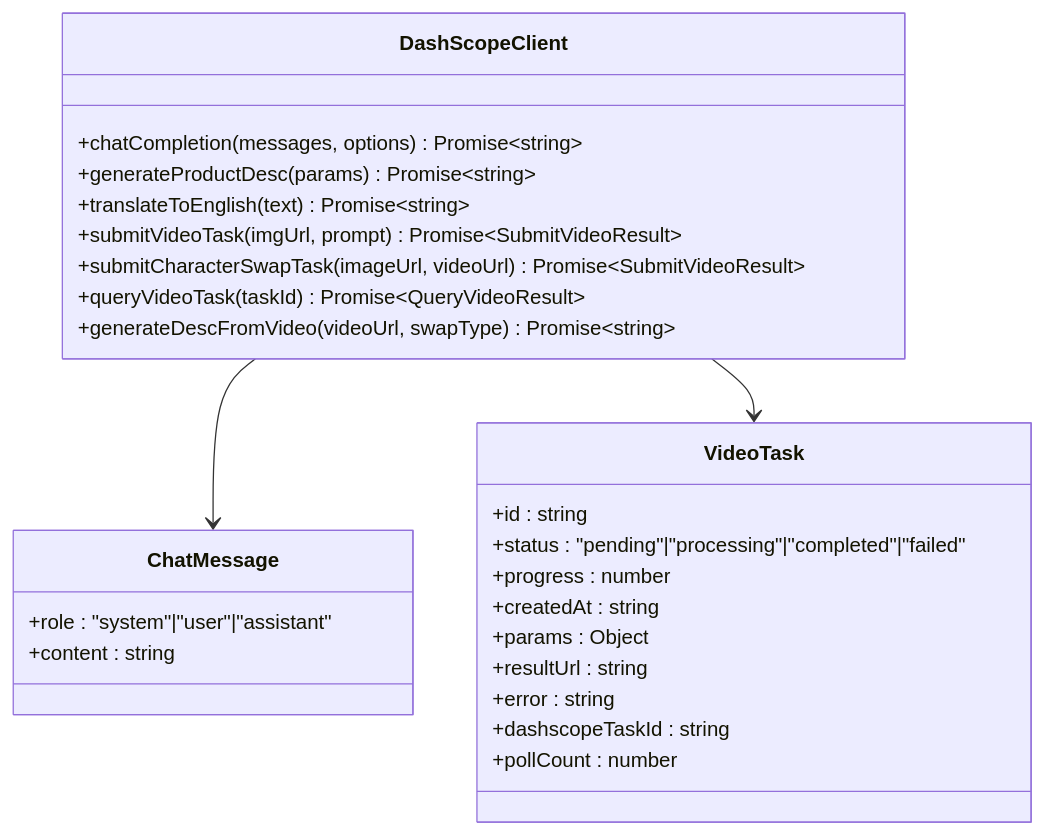
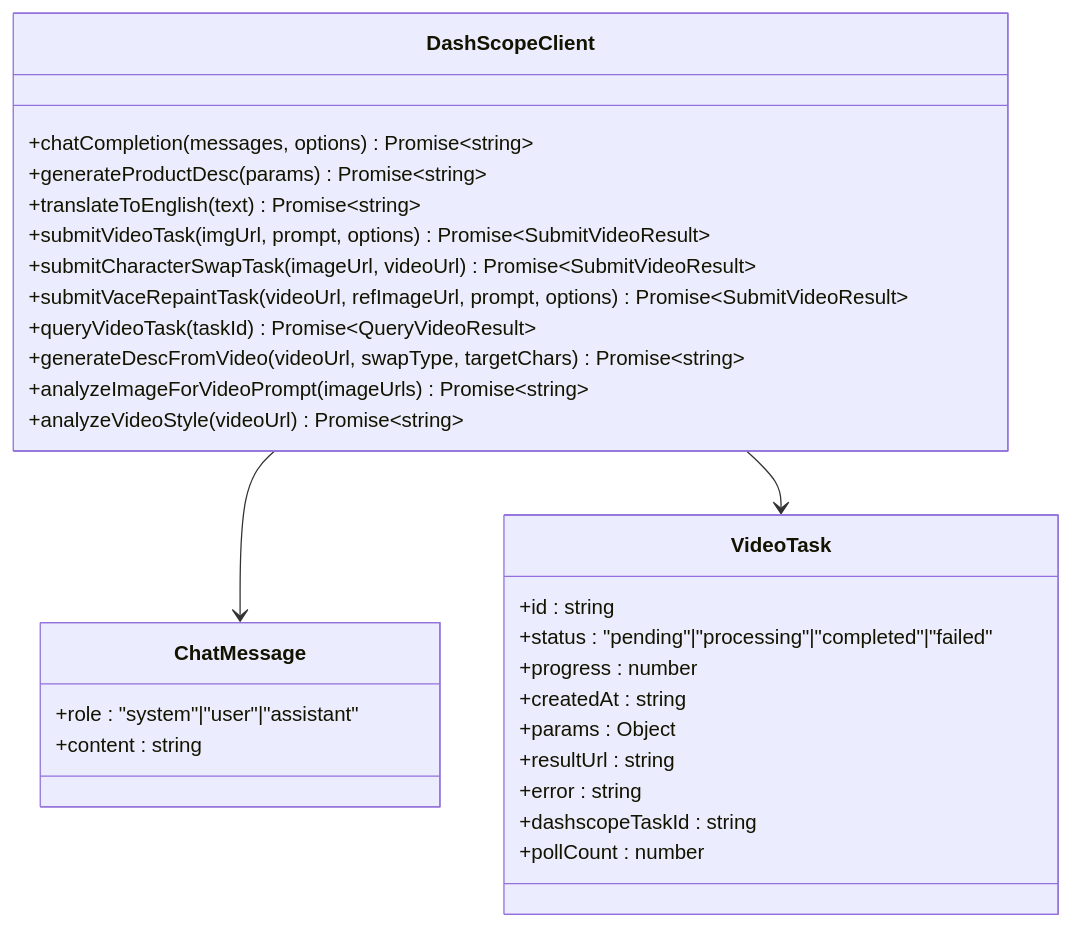
One commit to zuozuoliu740-cmd/xianxiong-news changed the sixth of 30 diagrams in .qoder/repowiki/zh/content/核心功能模块/AI实验室模块.md. Above: the diagram before and after it, drawn with Mermaid. The commit also changed other lines of this file and 72 other files, not shown here.

````diff
--- a/.qoder/repowiki/zh/content/核心功能模块/AI实验室模块.md
+++ b/.qoder/repowiki/zh/content/核心功能模块/AI实验室模块.md
@@ -349,29 +392,32 @@
 ```mermaid
 classDiagram
 class DashScopeClient {
 +chatCompletion(messages, options) Promise~string~
 +generateProductDesc(params) Promise~string~
 +translateToEnglish(text) Promise~string~
-+submitVideoTask(imgUrl, prompt) Promise~SubmitVideoResult~
++submitVideoTask(imgUrl, prompt, options) Promise~SubmitVideoResult~
 +submitCharacterSwapTask(imageUrl, videoUrl) Promise~SubmitVideoResult~
++submitVaceRepaintTask(videoUrl, refImageUrl, prompt, options) Promise~SubmitVideoResult~
 +queryVideoTask(taskId) Promise~QueryVideoResult~
-+generateDescFromVideo(videoUrl, swapType) Promise~string~
++generateDescFromVideo(videoUrl, swapType, targetChars) Promise~string~
++analyzeImageForVideoPrompt(imageUrls) Promise~string~
++analyzeVideoStyle(videoUrl) Promise~string~
 }
 class ChatMessage {
 +role : "system"|"user"|"assistant"
 +content : string
 }
 class VideoTask {
 +id : string
 +status : "pending"|"processing"|"completed"|"failed"
 +progress : number
 +createdAt : string
 +params : Object
 +resultUrl : string
 +error : string
 +dashscopeTaskId : string
 +pollCount : number
 }
 DashScopeClient --> ChatMessage
 DashScopeClient --> VideoTask
 ```
````
